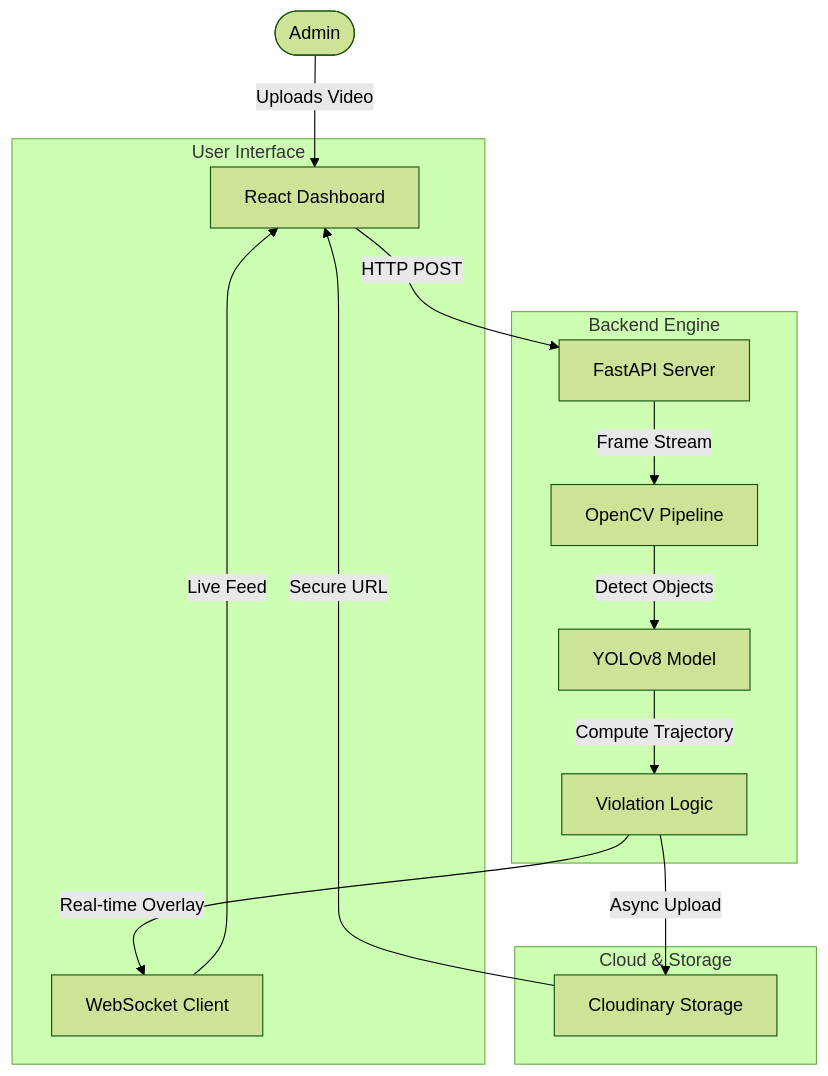
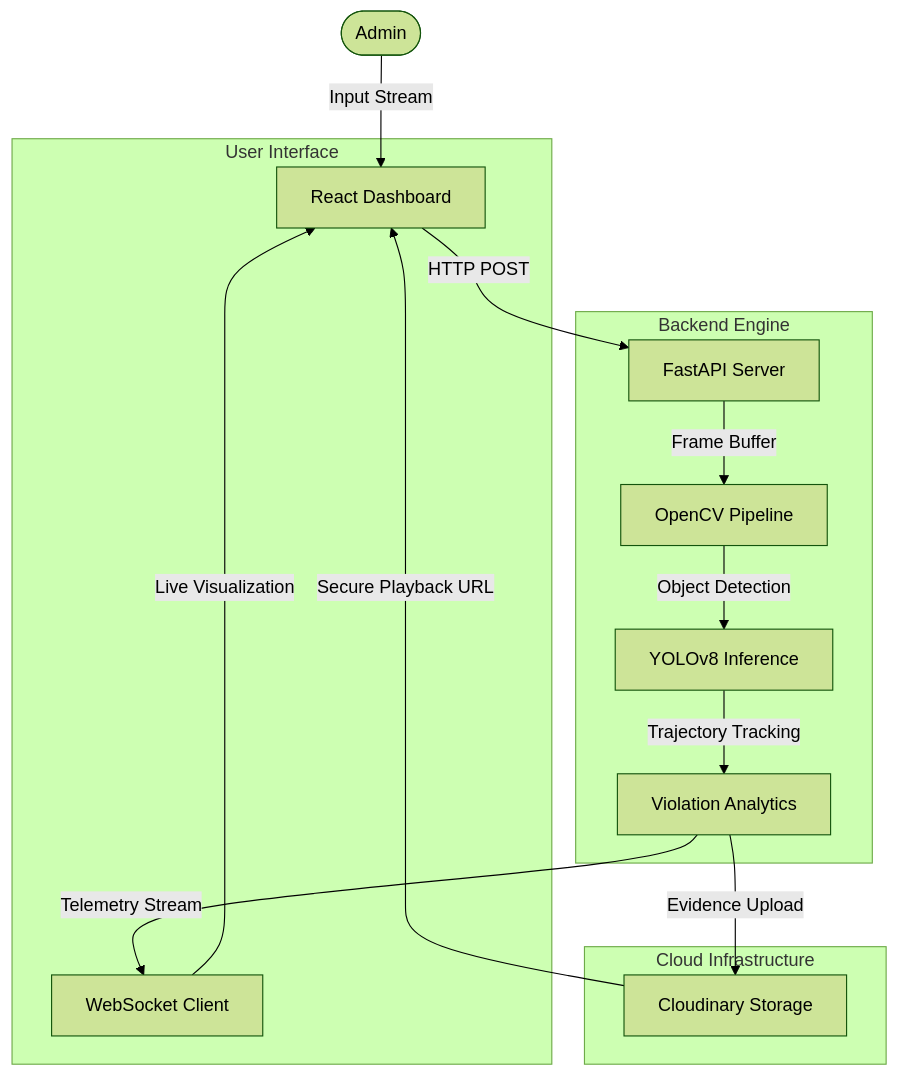
Before and after one commit to rasikarakhewar3010/TraffiSense-AI: the diagram in README.md, drawn with Mermaid (forest theme). The commit also changed other lines of this file, not shown here.

````diff
--- a/README.md
+++ b/README.md
@@ -17,31 +29,31 @@
 ```mermaid
 graph TD
     subgraph Client [User Interface]
         UI[React Dashboard]
         WS_Client[WebSocket Client]
     end
 
     subgraph Server [Backend Engine]
         API[FastAPI Server]
         CV[OpenCV Pipeline]
-        YOLO[YOLOv8 Model]
-        Logic[Violation Logic]
+        YOLO[YOLOv8 Inference]
+        Logic[Violation Analytics]
     end
 
-    subgraph Service [Cloud & Storage]
+    subgraph Service [Cloud Infrastructure]
         Cloud[Cloudinary Storage]
     end
 
-    User([Admin]) -->|Uploads Video| UI
+    User([Admin]) -->|Input Stream| UI
     UI -->|HTTP POST| API
     
-    API -->|Frame Stream| CV
-    CV -->|Detect Objects| YOLO
-    YOLO -->|Compute Trajectory| Logic
+    API -->|Frame Buffer| CV
+    CV -->|Object Detection| YOLO
+    YOLO -->|Trajectory Tracking| Logic
     
-    Logic -->|Real-time Overlay| WS_Client
-    WS_Client -->|Live Feed| UI
+    Logic -->|Telemetry Stream| WS_Client
+    WS_Client -->|Live Visualization| UI
     
-    Logic -->|Async Upload| Cloud
-    Cloud -->|Secure URL| UI
+    Logic -->|Evidence Upload| Cloud
+    Cloud -->|Secure Playback URL| UI
 ```
````
